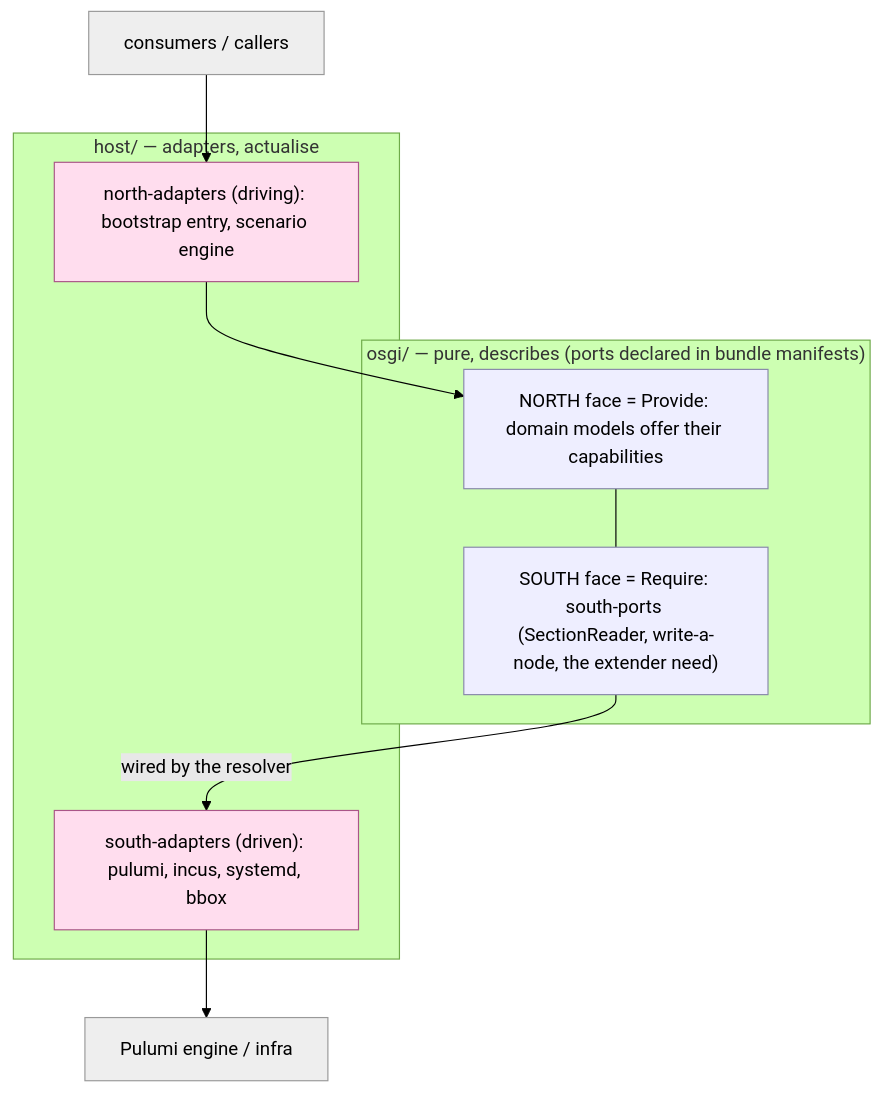
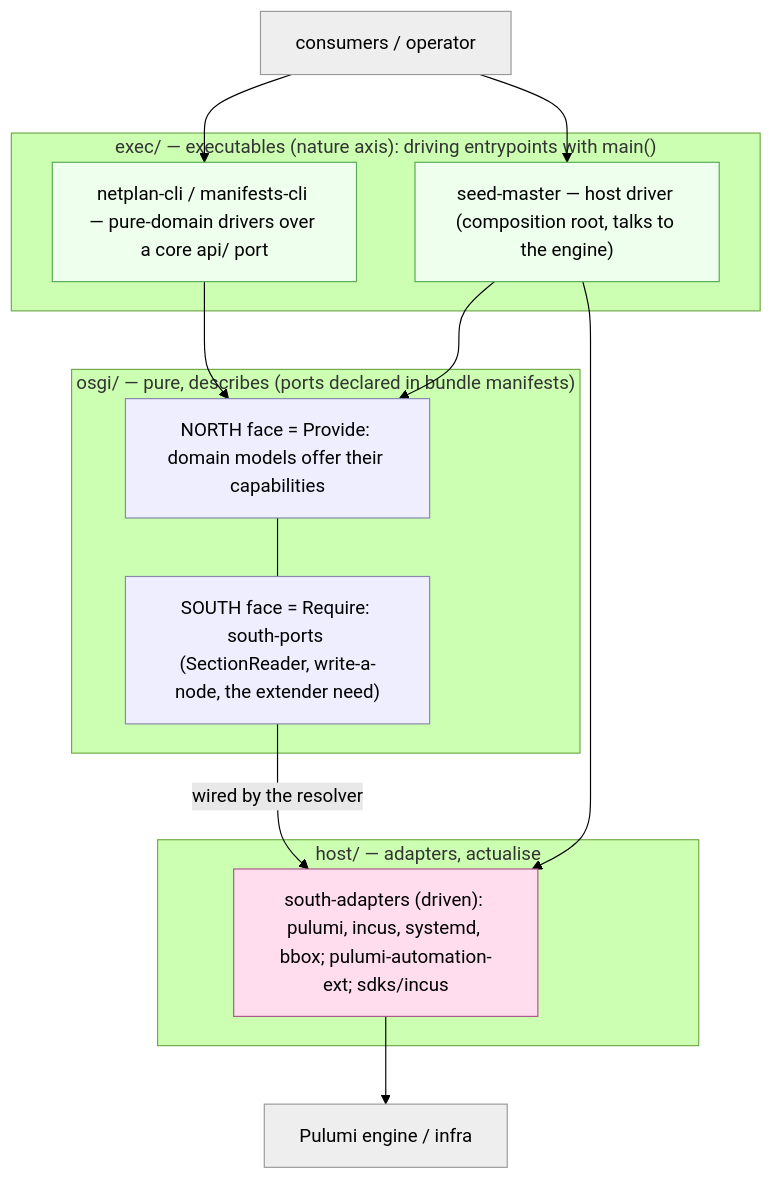
The diagram in wip/specs/2026-06-17-target-module-layout.adoc (nxmatic/rke2lab), drawn with Mermaid (forest theme) before and after one commit. The commit also changed other lines of this file and 3 other files, not shown here.

First line of the commit message:
docs(specs): OSGi runtime-migration design + exec/ nature axis

```diff
--- a/wip/specs/2026-06-17-target-module-layout.adoc
+++ b/wip/specs/2026-06-17-target-module-layout.adoc
@@ -64,23 +95,30 @@
 [mermaid]
 ....
 flowchart TB
-  consumers["consumers / callers"]:::ext
+  consumers["consumers / operator"]:::ext
+  subgraph EXEC["exec/ — executables (nature axis): driving entrypoints with main()"]
+    e_host["seed-master — host driver (composition root, talks to the engine)"]:::exec
+    e_pure["netplan-cli / manifests-cli — pure-domain drivers over a core api/ port"]:::exec
+  end
   subgraph OSGI["osgi/ — pure, describes (ports declared in bundle manifests)"]
     o_prov["NORTH face = Provide: domain models offer their capabilities"]:::osgi
     o_req["SOUTH face = Require: south-ports (SectionReader, write-a-node, the extender need)"]:::osgi
     o_prov --- o_req
   end
   subgraph HOST["host/ — adapters, actualise"]
-    h_north["north-adapters (driving): bootstrap entry, scenario engine"]:::host
-    h_south["south-adapters (driven): pulumi, incus, systemd, bbox"]:::host
+    h_south["south-adapters (driven): pulumi, incus, systemd, bbox; pulumi-automation-ext; sdks/incus"]:::host
   end
   engine["Pulumi engine / infra"]:::ext
-  consumers --> h_north
-  h_north --> o_prov
+  consumers --> e_host
+  consumers --> e_pure
+  e_pure --> o_prov
+  e_host --> o_prov
   o_req -->|wired by the resolver| h_south
+  e_host --> h_south
   h_south --> engine
 
   classDef osgi fill:#eef,stroke:#88a,stroke-width:1px;
   classDef host fill:#fde,stroke:#a58,stroke-width:1px;
+  classDef exec fill:#efe,stroke:#5a5,stroke-width:1px;
   classDef ext fill:#eee,stroke:#999,stroke-width:1px;
 ....
```
